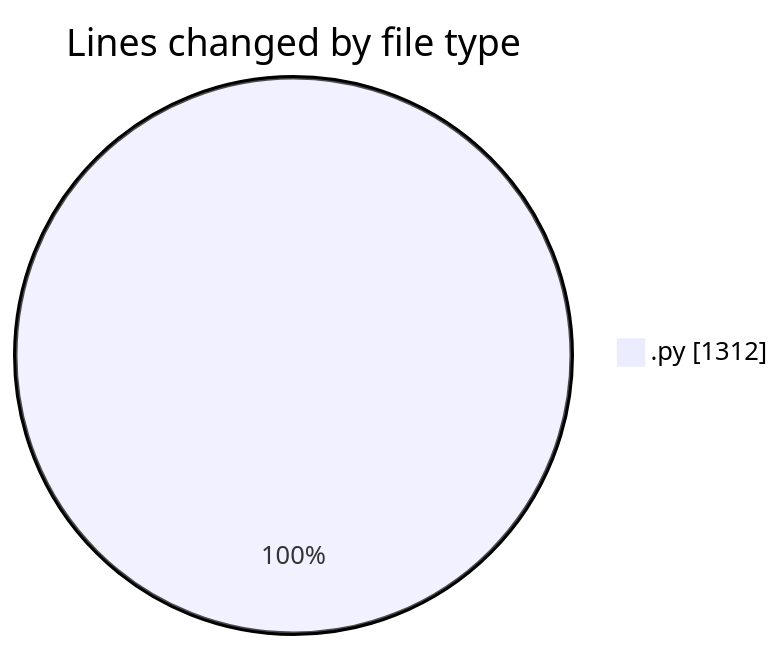
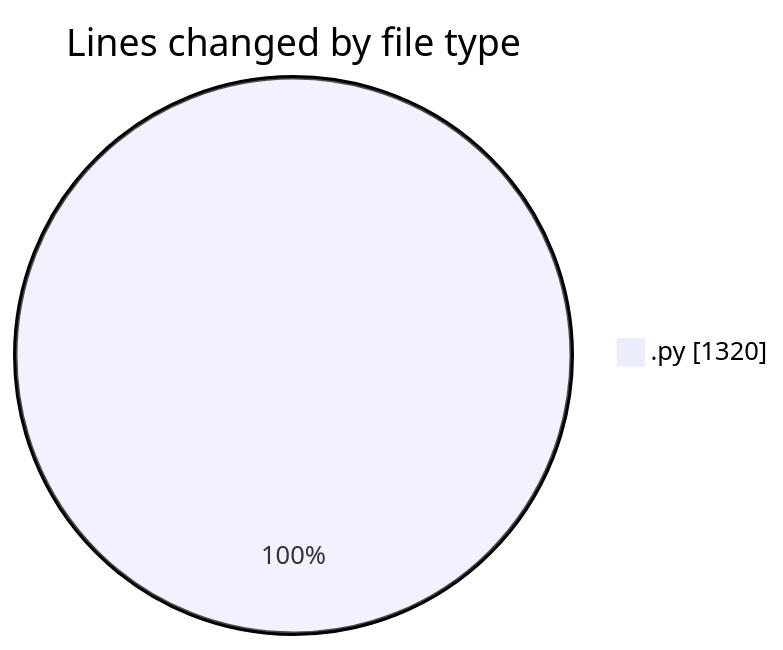
One commit to julien-gomy/code-tracking changed the first of 2 diagrams in 2025-10-10/eventscop-api-guide__workspace_/README.md. Above: the diagram before and after it, drawn with Mermaid. The commit also changed other lines of this file and 1 other file, not shown here.

````diff
--- a/2025-10-10/eventscop-api-guide__workspace_/README.md
+++ b/2025-10-10/eventscop-api-guide__workspace_/README.md
@@ -23,5 +23,5 @@
 ```mermaid
 pie showData
 title Lines changed by file type
-".py" : 1312
+".py" : 1320
 ```
````
